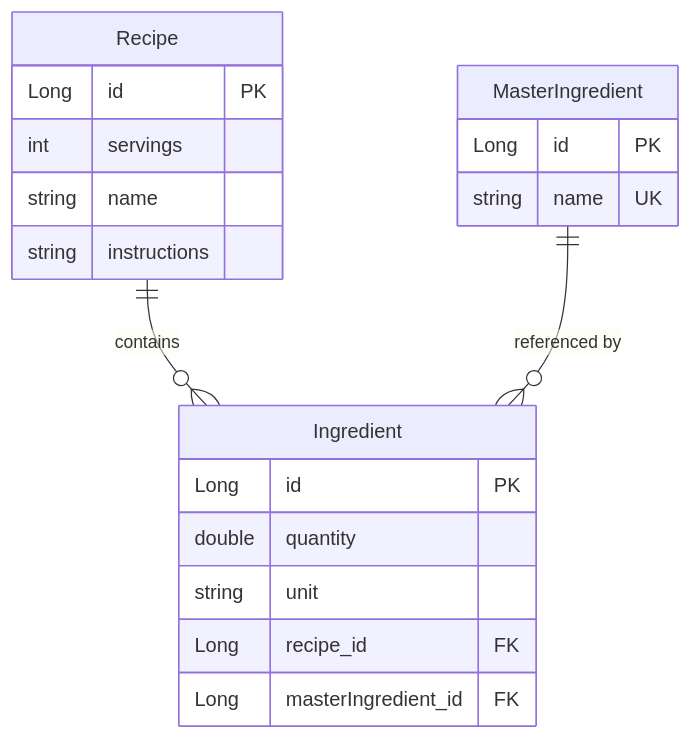
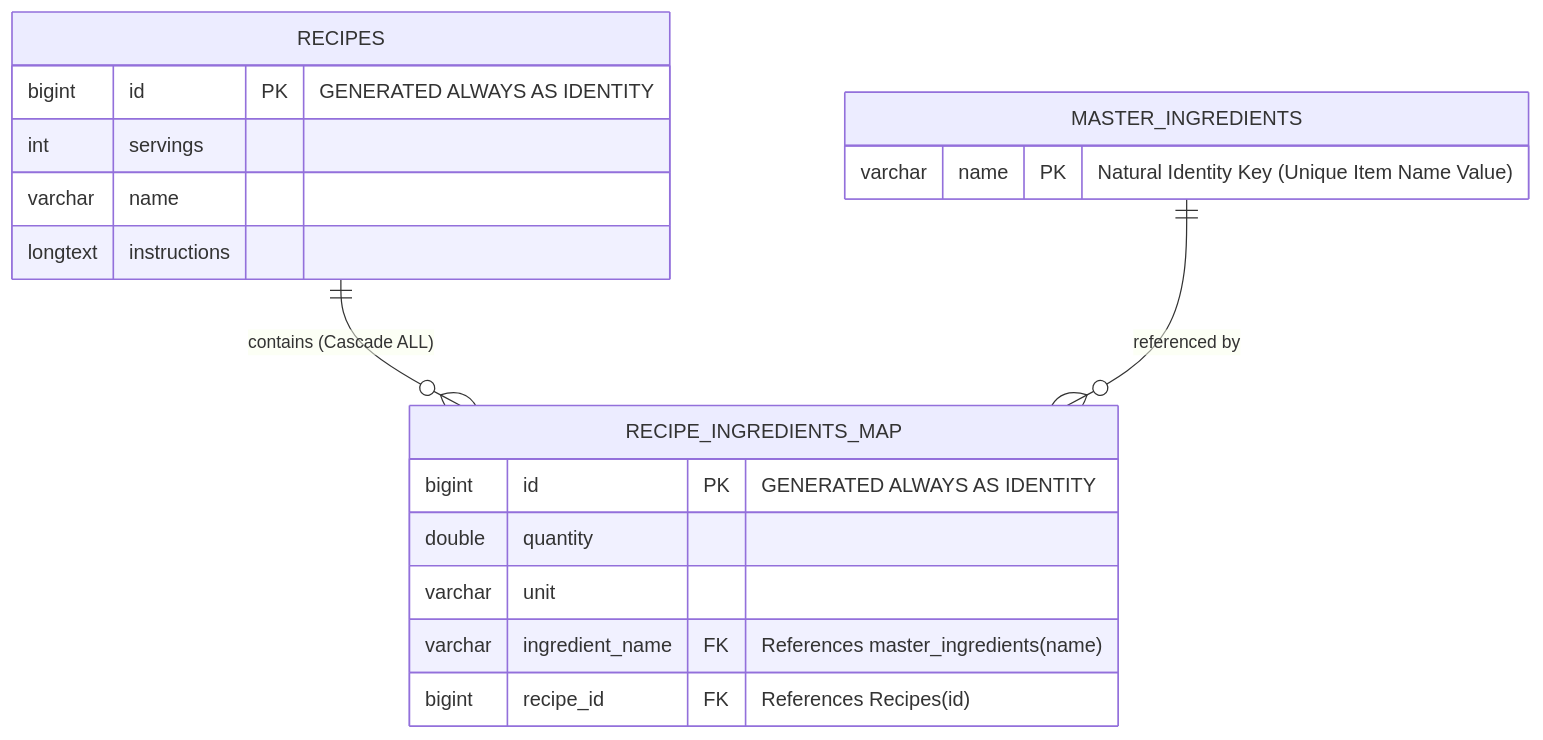
Before and after one commit to Sree2011/recipe-book-springboot: the diagram in README.md, drawn with Mermaid. The commit also changed other lines of this file and 1 other file, not shown here.

````diff
--- a/README.md
+++ b/README.md
@@ -85,23 +67,23 @@
-<div class="mermaid">
+```mermaid
 erDiagram
-    Recipe {
-        Long id PK
+    RECIPES {
+        bigint id PK "GENERATED ALWAYS AS IDENTITY"
         int servings
-        string name
-        string instructions
+        varchar name
+        longtext instructions
     }
-    Ingredient {
-        Long id PK
+    RECIPE_INGREDIENTS_MAP {
+        bigint id PK "GENERATED ALWAYS AS IDENTITY"
         double quantity
-        string unit
-        Long recipe_id FK
-        Long masterIngredient_id FK
+        varchar unit
+        varchar ingredient_name FK "References master_ingredients(name)"
+        bigint recipe_id FK "References Recipes(id)"
     }
-    MasterIngredient {
-        Long id PK
-        string name UK
+    MASTER_INGREDIENTS {
+        varchar name PK "Natural Identity Key (Unique Item Name Value)"
     }
 
-    Recipe ||--o{ Ingredient : contains
-    MasterIngredient ||--o{ Ingredient : "referenced by"
-</div>
+    RECIPES ||--o{ RECIPE_INGREDIENTS_MAP : "contains (Cascade ALL)"
+    MASTER_INGREDIENTS ||--o{ RECIPE_INGREDIENTS_MAP : "referenced by"
+
+```
````
